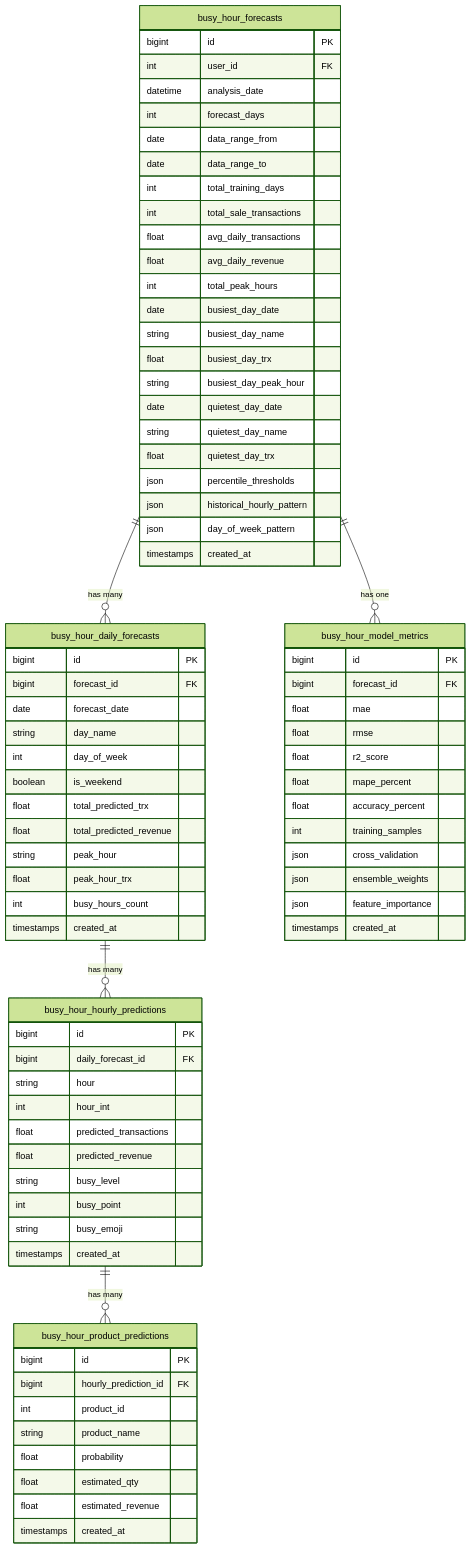
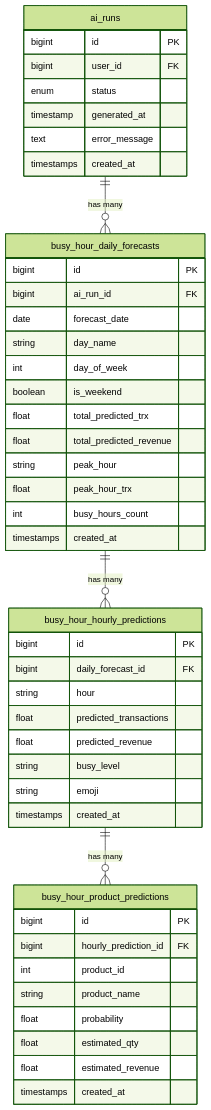
Before and after one commit to SiamAlSobari/Api_MK3_POS: the diagram in database_schema.md, drawn with Mermaid (forest theme). The commit also changed other lines of this file and 14 other files, not shown here.

First line of the commit message:
feat: Add AI run functionality for STOCKS and BUSY hours

````diff
--- a/database_schema.md
+++ b/database_schema.md
@@ -13,53 +15,21 @@
 ```mermaid
 erDiagram
-    busy_hour_forecasts ||--o{ busy_hour_daily_forecasts : "has many"
+    ai_runs ||--o{ busy_hour_daily_forecasts : "has many"
     busy_hour_daily_forecasts ||--o{ busy_hour_hourly_predictions : "has many"
     busy_hour_hourly_predictions ||--o{ busy_hour_product_predictions : "has many"
-    busy_hour_forecasts ||--o{ busy_hour_model_metrics : "has one"
 
-    busy_hour_forecasts {
+    ai_runs {
         bigint id PK
-        int user_id FK
-        datetime analysis_date
-        int forecast_days
-        date data_range_from
-        date data_range_to
-        int total_training_days
-        int total_sale_transactions
-        float avg_daily_transactions
-        float avg_daily_revenue
-        int total_peak_hours
-        date busiest_day_date
-        string busiest_day_name
-        float busiest_day_trx
-        string busiest_day_peak_hour
-        date quietest_day_date
-        string quietest_day_name
-        float quietest_day_trx
-        json percentile_thresholds
-        json historical_hourly_pattern
-        json day_of_week_pattern
-        timestamps created_at
-    }
-
-    busy_hour_model_metrics {
-        bigint id PK
-        bigint forecast_id FK
-        float mae
-        float rmse
-        float r2_score
-        float mape_percent
-        float accuracy_percent
-        int training_samples
-        json cross_validation
-        json ensemble_weights
-        json feature_importance
+        bigint user_id FK
+        enum status
+        timestamp generated_at
+        text error_message
         timestamps created_at
     }
 
     busy_hour_daily_forecasts {
         bigint id PK
-        bigint forecast_id FK
+        bigint ai_run_id FK
         date forecast_date
         string day_name
         int day_of_week
@@ -76,12 +46,10 @@
         bigint id PK
         bigint daily_forecast_id FK
         string hour
-        int hour_int
         float predicted_transactions
         float predicted_revenue
         string busy_level
-        int busy_point
-        string busy_emoji
+        string emoji
         timestamps created_at
     }
 
````
